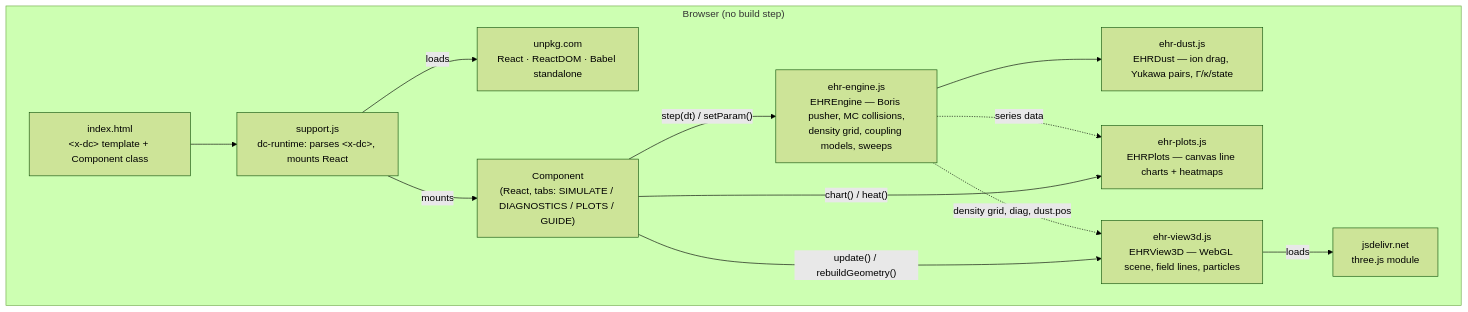
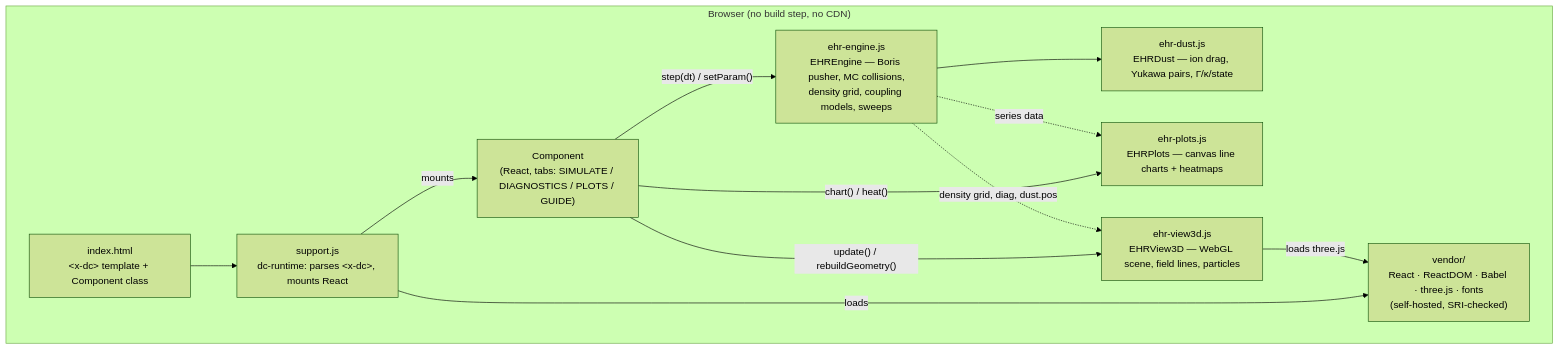
Before and after one commit to ZachBach/ElectromagneticHelixReactor: the diagram in README.md, drawn with Mermaid (forest theme). The commit also changed other lines of this file and 16 other files, not shown here.

Commit message:
adding vendor folders and fonts.css for offline functionality

````diff
--- a/README.md
+++ b/README.md
@@ -26,25 +26,24 @@
 ```mermaid
 flowchart TD
-    subgraph Browser["Browser (no build step)"]
+    subgraph Browser["Browser (no build step, no CDN)"]
         HTML["index.html<br/>&lt;x-dc&gt; template + Component class"]
         Runtime["support.js<br/>dc-runtime: parses &lt;x-dc&gt;, mounts React"]
-        CDN1["unpkg.com<br/>React · ReactDOM · Babel standalone"]
+        Vendor["vendor/<br/>React · ReactDOM · Babel · three.js · fonts<br/>(self-hosted, SRI-checked)"]
         Comp["Component<br/>(React, tabs: SIMULATE / DIAGNOSTICS / PLOTS / GUIDE)"]
         Engine["ehr-engine.js<br/>EHREngine — Boris pusher, MC collisions,<br/>density grid, coupling models, sweeps"]
         Dust["ehr-dust.js<br/>EHRDust — ion drag, Yukawa pairs, Γ/κ/state"]
         Plots["ehr-plots.js<br/>EHRPlots — canvas line charts + heatmaps"]
         View["ehr-view3d.js<br/>EHRView3D — WebGL scene, field lines, particles"]
-        CDN2["jsdelivr.net<br/>three.js module"]
 
         HTML --> Runtime
-        Runtime -- "loads" --> CDN1
+        Runtime -- "loads" --> Vendor
         Runtime -- "mounts" --> Comp
         Comp -- "step(dt) / setParam()" --> Engine
         Engine --> Dust
         Comp -- "chart() / heat()" --> Plots
         Comp -- "update() / rebuildGeometry()" --> View
-        View -- "loads" --> CDN2
+        View -- "loads three.js" --> Vendor
         Engine -. "density grid, diag, dust.pos" .-> View
         Engine -. "series data" .-> Plots
     end
 ```
````
